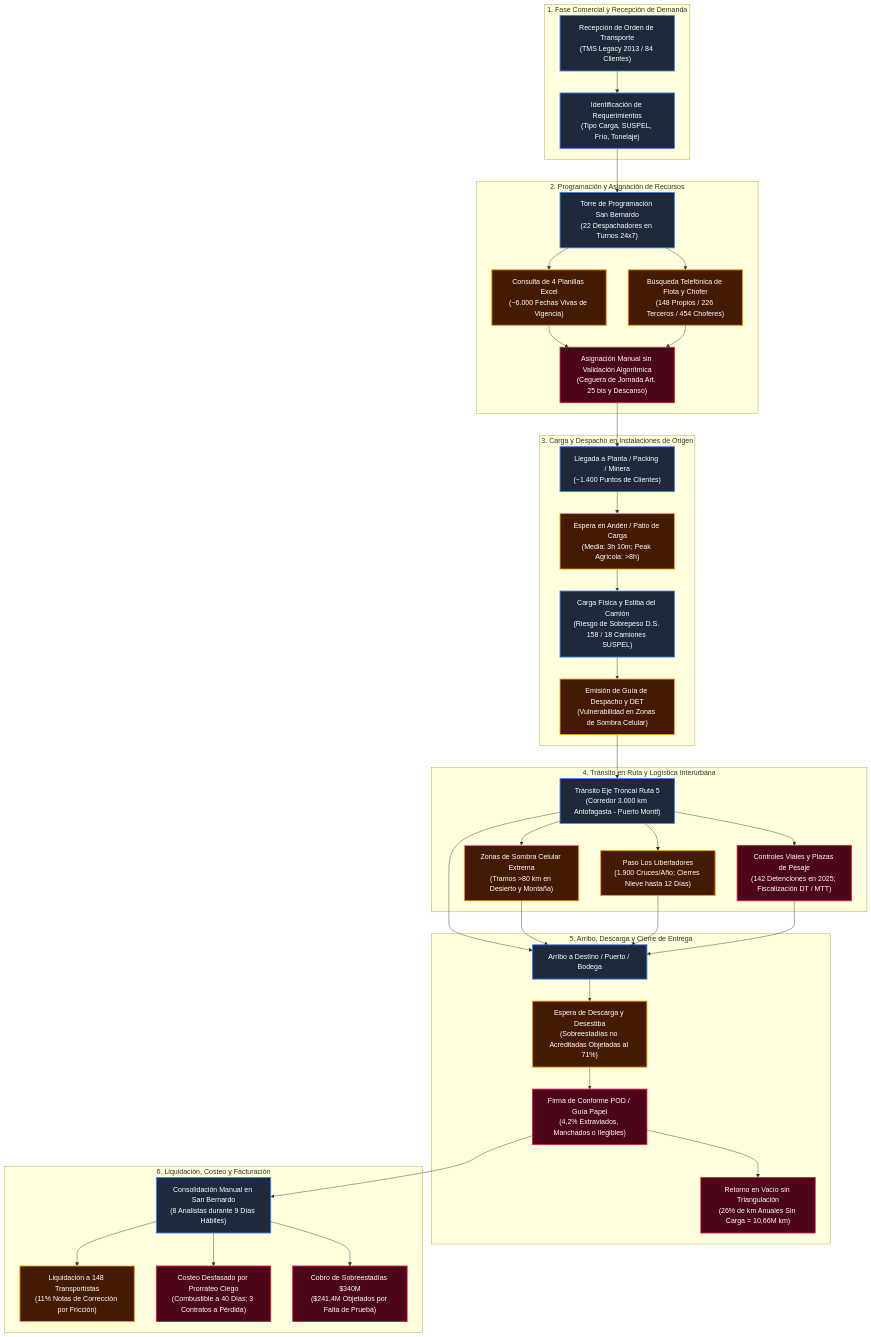
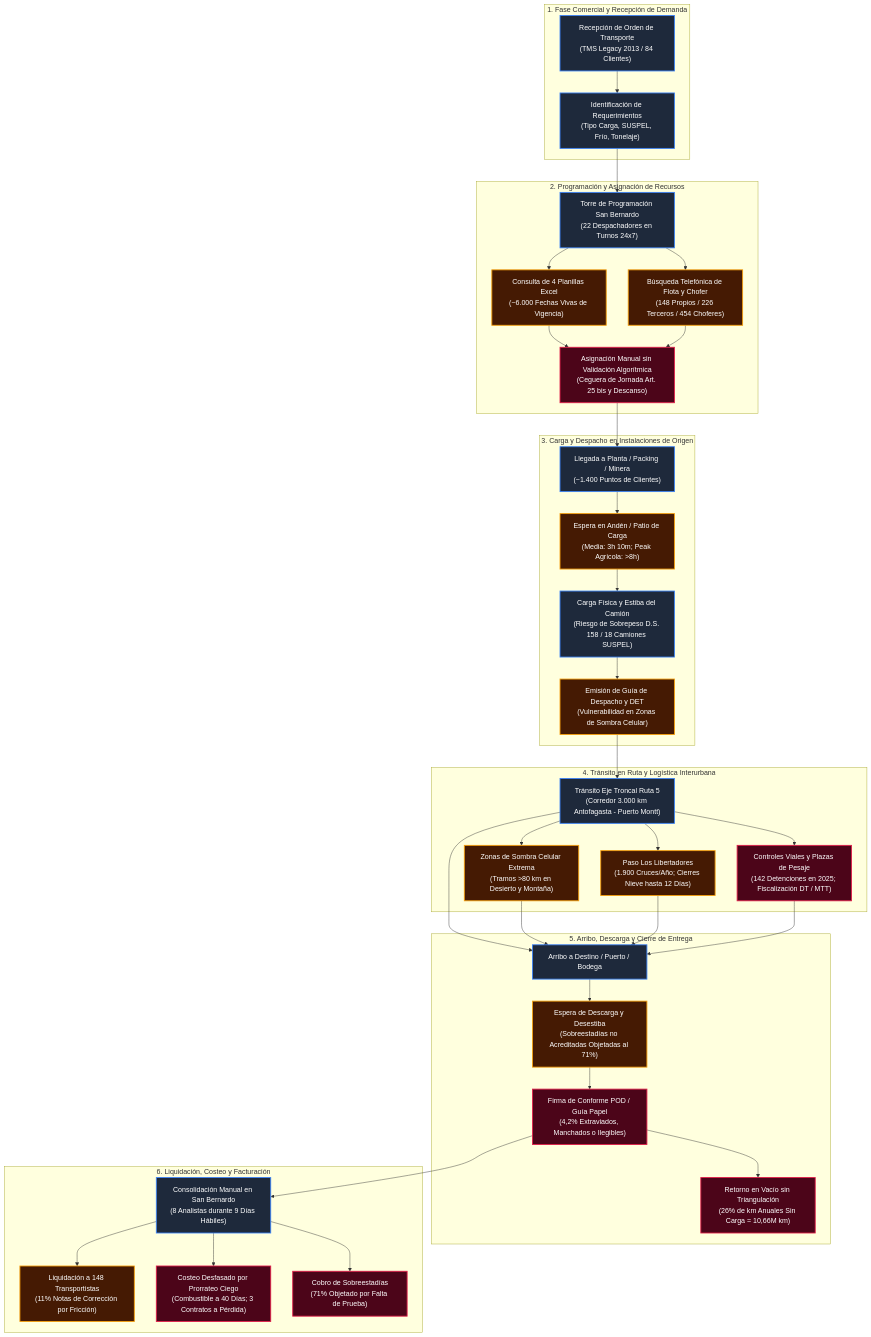
Before and after one commit to mvergaral/audIT: the first of 9 diagrams in Informe-2/d1/subdocumento_02_problema_adaptado.md, drawn with Mermaid. The commit also changed other lines of this file and 3 other files, not shown here.

````diff
--- a/Informe-2/d1/subdocumento_02_problema_adaptado.md
+++ b/Informe-2/d1/subdocumento_02_problema_adaptado.md
@@ -45,75 +45,75 @@
 ```mermaid
 flowchart TD
     subgraph FaseComercial ["1. Fase Comercial y Recepción de Demanda"]
         OT["Recepción de Orden de Transporte\n(TMS Legacy 2013 / 84 Clientes)"]
         ValReq["Identificación de Requerimientos\n(Tipo Carga, SUSPEL, Frío, Tonelaje)"]
         OT --> ValReq
     end
 
     subgraph FaseProgramacion ["2. Programación y Asignación de Recursos"]
         Torre["Torre de Programación San Bernardo\n(22 Despachadores en Turnos 24x7)"]
         ConsDoc["Consulta de 4 Planillas Excel\n(~6.000 Fechas Vivas de Vigencia)"]
         DispRec["Búsqueda Telefónica de Flota y Chofer\n(148 Propios / 226 Terceros / 454 Choferes)"]
         AsigManual["Asignación Manual sin Validación Algorítmica\n(Ceguera de Jornada Art. 25 bis y Descanso)"]
         
         ValReq --> Torre
         Torre --> ConsDoc
         Torre --> DispRec
         ConsDoc & DispRec --> AsigManual
     end
 
     subgraph FaseOrigen ["3. Carga y Despacho en Instalaciones de Origen"]
         ArriboOrig["Llegada a Planta / Packing / Minera\n(~1.400 Puntos de Clientes)"]
         EsperaOrig["Espera en Andén / Patio de Carga\n(Media: 3h 10m; Peak Agrícola: >8h)"]
         CargaFisica["Carga Física y Estiba del Camión\n(Riesgo de Sobrepeso D.S. 158 / 18 Camiones SUSPEL)"]
         EmisionDET["Emisión de Guía de Despacho y DET\n(Vulnerabilidad en Zonas de Sombra Celular)"]
         
         AsigManual --> ArriboOrig
         ArriboOrig --> EsperaOrig
         EsperaOrig --> CargaFisica
         CargaFisica --> EmisionDET
     end
 
     subgraph FaseTransito ["4. Tránsito en Ruta y Logística Interurbana"]
         Ruta5["Tránsito Eje Troncal Ruta 5\n(Corredor 3.000 km Antofagasta - Puerto Montt)"]
         Sombras["Zonas de Sombra Celular Extrema\n(Tramos >80 km en Desierto y Montaña)"]
         CruceInt["Paso Los Libertadores\n(1.900 Cruces/Año; Cierres Nieve hasta 12 Días)"]
         Controles["Controles Viales y Plazas de Pesaje\n(142 Detenciones en 2025; Fiscalización DT / MTT)"]
         
         EmisionDET --> Ruta5
         Ruta5 --> Sombras
         Ruta5 --> CruceInt
         Ruta5 --> Controles
     end
 
     subgraph FaseDestino ["5. Arribo, Descarga y Cierre de Entrega"]
         ArriboDest["Arribo a Destino / Puerto / Bodega"]
         EsperaDesc["Espera de Descarga y Desestiba\n(Sobreestadías no Acreditadas Objetadas al 71%)"]
         PODPapel["Firma de Conforme POD / Guía Papel\n(4,2% Extraviados, Manchados o Ilegibles)"]
         RetornoVacio["Retorno en Vacío sin Triangulación\n(26% de km Anuales Sin Carga = 10,66M km)"]
         
         Ruta5 & Sombras & CruceInt & Controles --> ArriboDest
         ArriboDest --> EsperaDesc
         EsperaDesc --> PODPapel
         PODPapel --> RetornoVacio
     end
 
     subgraph FaseLiquidacion ["6. Liquidación, Costeo y Facturación"]
         ConsolAdmin["Consolidación Manual en San Bernardo\n(8 Analistas durante 9 Días Hábiles)"]
         LiqTerceros["Liquidación a 148 Transportistas\n(11% Notas de Corrección por Fricción)"]
         CosteoDesf["Costeo Desfasado por Prorrateo Ciego\n(Combustible a 40 Días; 3 Contratos a Pérdida)"]
-        CobroDet["Cobro de Sobreestadías $340M\n($241,4M Objetados por Falta de Prueba)"]
+        CobroDet["Cobro de Sobreestadías\n(71% Objetado por Falta de Prueba)"]
         
         PODPapel --> ConsolAdmin
         ConsolAdmin --> LiqTerceros
         ConsolAdmin --> CosteoDesf
         ConsolAdmin --> CobroDet
     end
 
     classDef proc fill:#1e293b,stroke:#3b82f6,stroke-width:2px,color:#fff;
     classDef alert fill:#451a03,stroke:#f59e0b,stroke-width:2px,color:#fff;
     classDef danger fill:#4c0519,stroke:#e11d48,stroke-width:2px,color:#fff;
     class OT,ValReq,Torre,ArriboOrig,CargaFisica,Ruta5,ArriboDest,ConsolAdmin proc;
     class ConsDoc,DispRec,EsperaOrig,EmisionDET,Sombras,CruceInt,EsperaDesc,LiqTerceros alert;
     class AsigManual,Controles,PODPapel,RetornoVacio,CosteoDesf,CobroDet danger;
 ```
````
